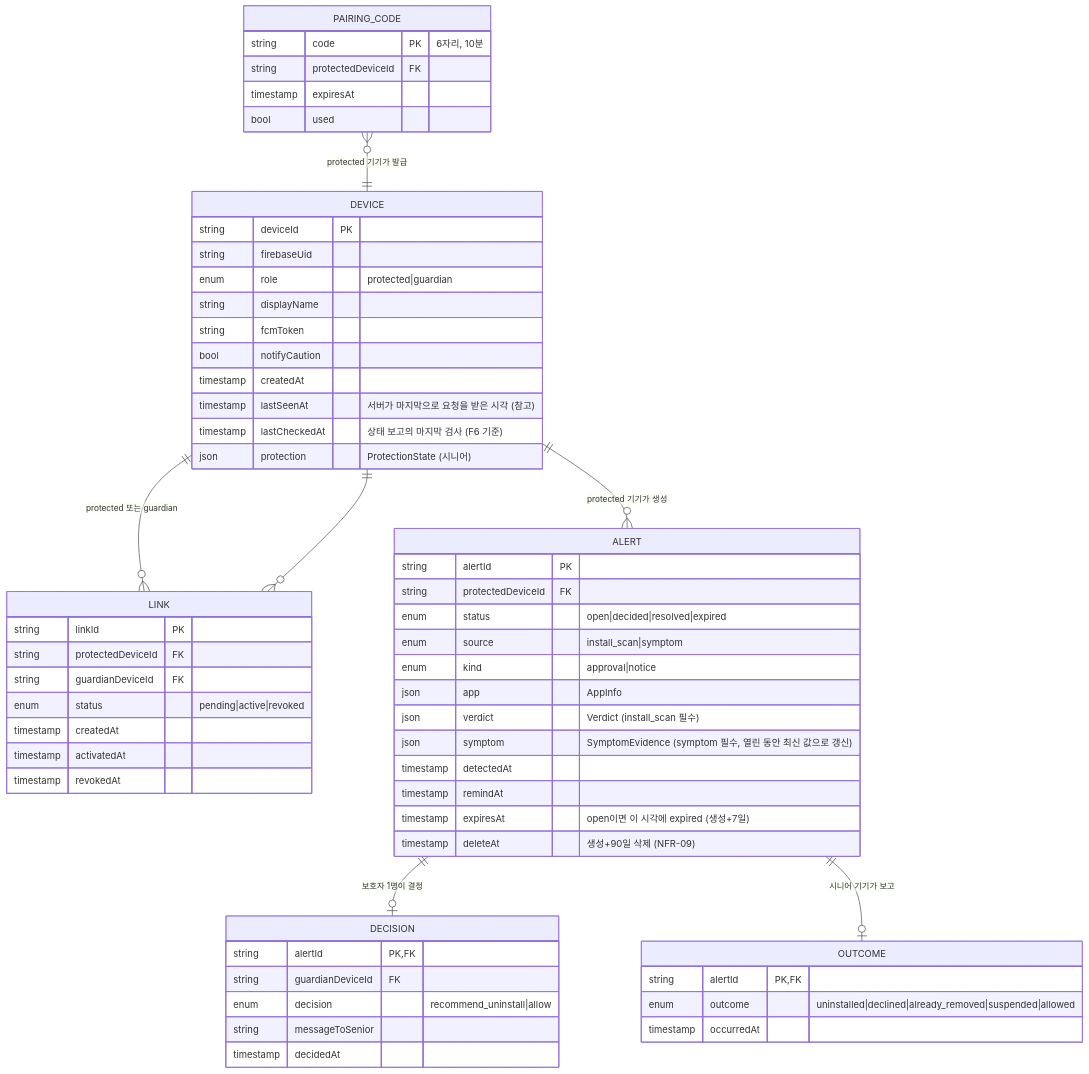
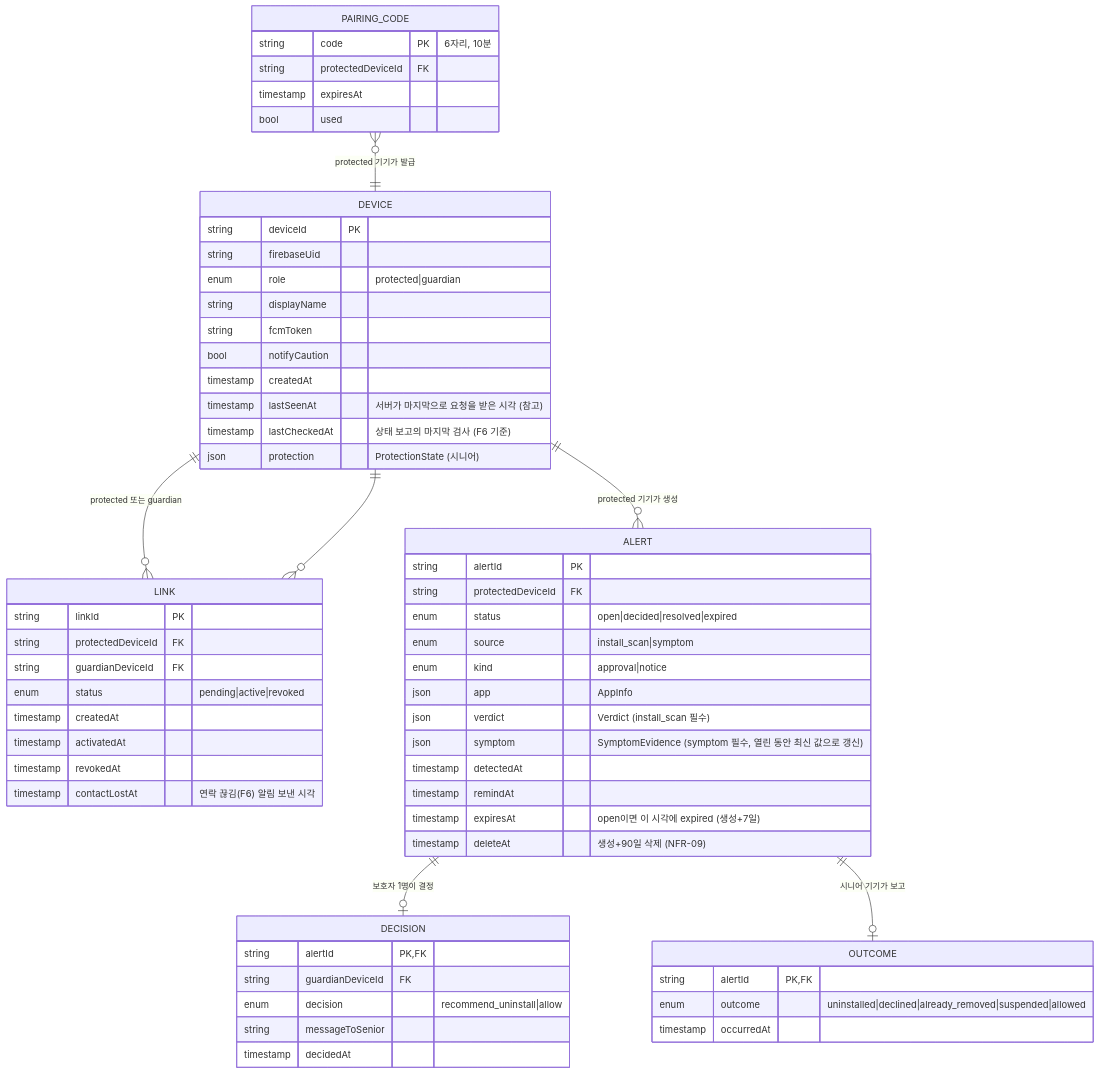
One commit to inq-o/phonedoctor changed the first of 2 diagrams in specs/001-mvp/data-model.md. Above: the diagram before and after it, drawn with Mermaid. The commit also changed 15 other files, not shown here.

````diff
--- a/specs/001-mvp/data-model.md
+++ b/specs/001-mvp/data-model.md
@@ -10,63 +10,64 @@
 ```mermaid
 erDiagram
     DEVICE ||--o{ LINK : "protected 또는 guardian"
     LINK }o--|| DEVICE : ""
     DEVICE ||--o{ ALERT : "protected 기기가 생성"
     ALERT ||--o| DECISION : "보호자 1명이 결정"
     ALERT ||--o| OUTCOME : "시니어 기기가 보고"
     PAIRING_CODE }o--|| DEVICE : "protected 기기가 발급"
 
     DEVICE {
       string deviceId PK
       string firebaseUid
       enum role "protected|guardian"
       string displayName
       string fcmToken
       bool notifyCaution
       timestamp createdAt
       timestamp lastSeenAt "서버가 마지막으로 요청을 받은 시각 (참고)"
       timestamp lastCheckedAt "상태 보고의 마지막 검사 (F6 기준)"
       json protection "ProtectionState (시니어)"
     }
     LINK {
       string linkId PK
       string protectedDeviceId FK
       string guardianDeviceId FK
       enum status "pending|active|revoked"
       timestamp createdAt
       timestamp activatedAt
       timestamp revokedAt
+      timestamp contactLostAt "연락 끊김(F6) 알림 보낸 시각"
     }
     PAIRING_CODE {
       string code PK "6자리, 10분"
       string protectedDeviceId FK
       timestamp expiresAt
       bool used
     }
     ALERT {
       string alertId PK
       string protectedDeviceId FK
       enum status "open|decided|resolved|expired"
       enum source "install_scan|symptom"
       enum kind "approval|notice"
       json app "AppInfo"
       json verdict "Verdict (install_scan 필수)"
       json symptom "SymptomEvidence (symptom 필수, 열린 동안 최신 값으로 갱신)"
       timestamp detectedAt
       timestamp remindAt
       timestamp expiresAt "open이면 이 시각에 expired (생성+7일)"
       timestamp deleteAt "생성+90일 삭제 (NFR-09)"
     }
     DECISION {
       string alertId PK, FK
       string guardianDeviceId FK
       enum decision "recommend_uninstall|allow"
       string messageToSenior
       timestamp decidedAt
     }
     OUTCOME {
       string alertId PK, FK
       enum outcome "uninstalled|declined|already_removed|suspended|allowed"
       timestamp occurredAt
     }
 ```
````
